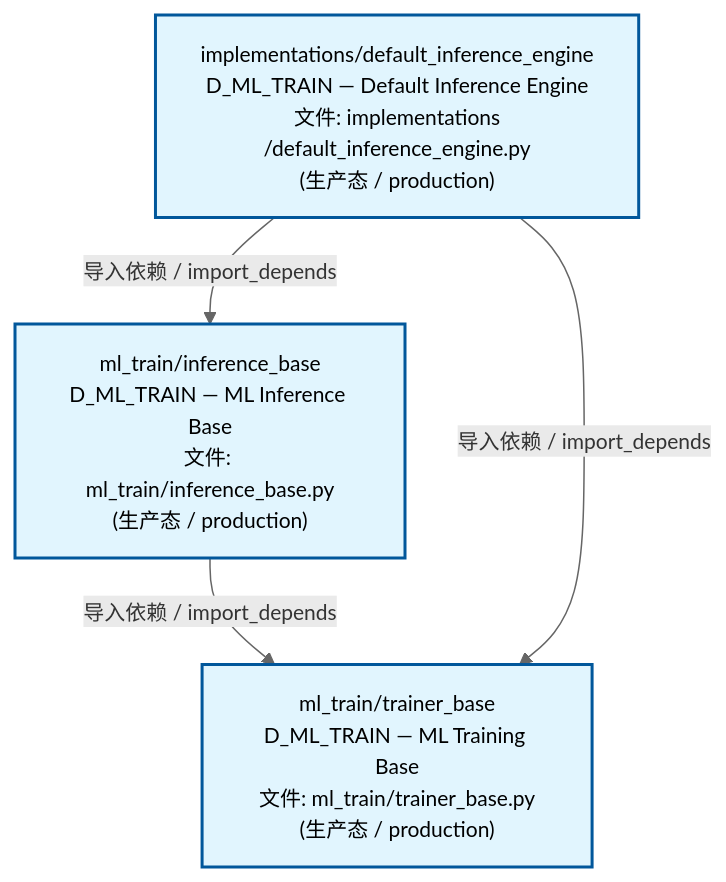
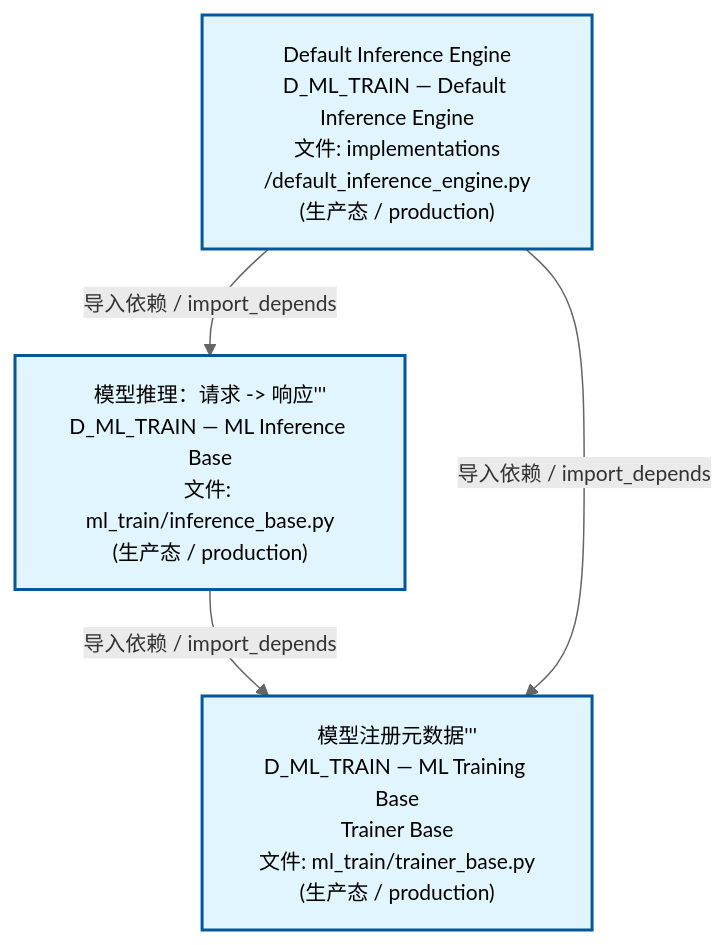
One commit to xuanFelixVan/ZephyrAlpha changed the second of 4 diagrams in docs/02_enterprise_architecture/02_domain_architecture_docs/61_d_ml_train.md. Above: the diagram before and after it, drawn with Mermaid. The commit also changed other lines of this file and 58 other files, not shown here.

````diff
--- a/docs/02_enterprise_architecture/02_domain_architecture_docs/61_d_ml_train.md
+++ b/docs/02_enterprise_architecture/02_domain_architecture_docs/61_d_ml_train.md
@@ -107,15 +107,15 @@
 ```mermaid
 %%{init: {'theme': 'base', 'themeVariables': {'primaryColor': '#eaeaea', 'primaryTextColor': '#333333', 'primaryBorderColor': '#666666', 'lineColor': '#666666', 'secondaryColor': '#eaeaea', 'tertiaryColor': '#eaeaea', 'fontSize': '14px'}}}%%
 flowchart TD
-    src_zephyr_ml_train_implementations_default_inference_engine_py["implementations/default_inference_engine<br/>D_ML_TRAIN — Default Inference Engine<br/>文件: implementations<br/>/default_inference_engine.py<br/>(生产态 / production)"]
-    src_zephyr_ml_train_inference_base_py["ml_train/inference_base<br/>D_ML_TRAIN — ML Inference Base<br/>文件: ml_train/inference_base.py<br/>(生产态 / production)"]
-    src_zephyr_ml_train_trainer_base_py["ml_train/trainer_base<br/>D_ML_TRAIN — ML Training Base<br/>文件: ml_train/trainer_base.py<br/>(生产态 / production)"]
+    src_zephyr_ml_train_implementations_default_inference_engine_py["Default Inference Engine<br/>D_ML_TRAIN — Default Inference Engine<br/>文件: implementations<br/>/default_inference_engine.py<br/>(生产态 / production)"]
+    src_zephyr_ml_train_inference_base_py["模型推理：请求 -> 响应'''<br/>D_ML_TRAIN — ML Inference Base<br/>文件: ml_train/inference_base.py<br/>(生产态 / production)"]
+    src_zephyr_ml_train_trainer_base_py["模型注册元数据'''<br/>D_ML_TRAIN — ML Training Base<br/>Trainer Base<br/>文件: ml_train/trainer_base.py<br/>(生产态 / production)"]
     src_zephyr_ml_train_inference_base_py -->|导入依赖 / import_depends| src_zephyr_ml_train_trainer_base_py
+    src_zephyr_ml_train_implementations_default_inference_engine_py -->|导入依赖 / import_depends| src_zephyr_ml_train_inference_base_py
     src_zephyr_ml_train_implementations_default_inference_engine_py -->|导入依赖 / import_depends| src_zephyr_ml_train_trainer_base_py
-    src_zephyr_ml_train_implementations_default_inference_engine_py -->|导入依赖 / import_depends| src_zephyr_ml_train_inference_base_py
     classDef production fill:#e1f5fe,stroke:#01579b,stroke-width:2px,color:#000
     classDef design fill:#fff3e0,stroke:#e65100,stroke-width:2px,color:#000,stroke-dasharray: 5 5
     classDef external_prod fill:#e8f4fd,stroke:#0277bd,stroke-width:1px,color:#000
     classDef external_design fill:#fff8e7,stroke:#ef6c00,stroke-width:1px,color:#000,stroke-dasharray: 5 5
     class src_zephyr_ml_train_implementations_default_inference_engine_py,src_zephyr_ml_train_inference_base_py,src_zephyr_ml_train_trainer_base_py production
 ```
````
